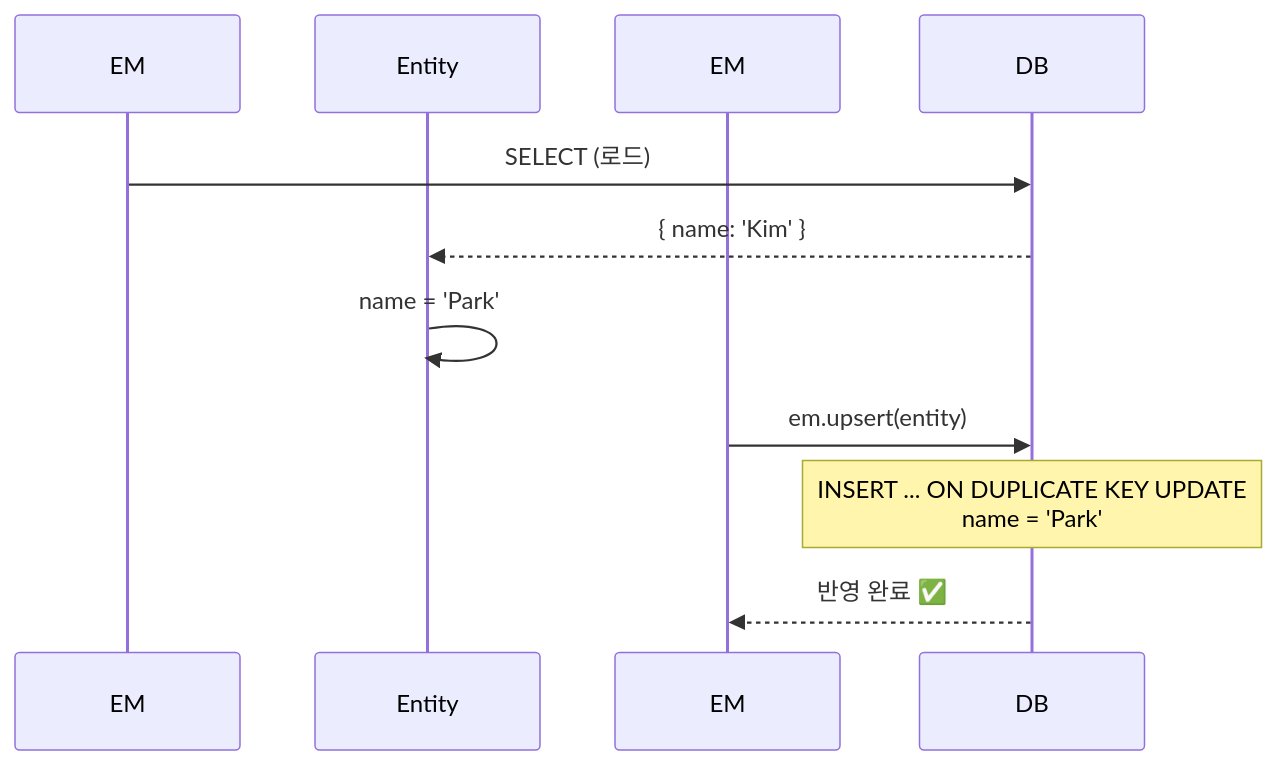
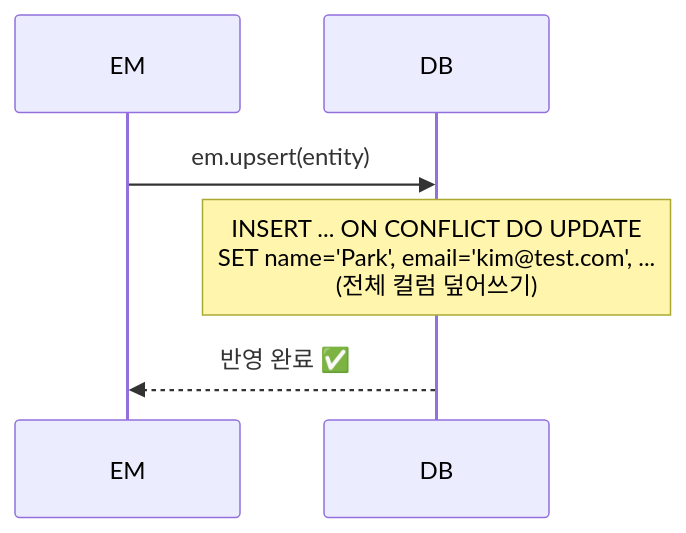
The fourth of 7 diagrams in docs/12-base-repository.md (bandall/mikro-orm-deep-dive), drawn with Mermaid before and after one commit. The commit also changed other lines of this file and 11 other files, not shown here.

````diff
--- a/docs/12-base-repository.md
+++ b/docs/12-base-repository.md
@@ -154,16 +177,9 @@
 ```mermaid
 sequenceDiagram
-    participant EM1 as EM #1
-    participant Entity
     participant EM2 as EM #2
     participant DB
 
-    EM1->>DB: SELECT (로드)
-    DB-->>Entity: { name: 'Kim' }
-
-    Entity->>Entity: name = 'Park'
-
     EM2->>DB: em.upsert(entity)
-    Note over DB: INSERT ... ON DUPLICATE KEY UPDATE<br/>name = 'Park'
+    Note over DB: INSERT ... ON CONFLICT DO UPDATE<br/>SET name='Park', email='kim@test.com', ...<br/>(전체 컬럼 덮어쓰기)
     DB-->>EM2: 반영 완료 ✅
 ```
````
